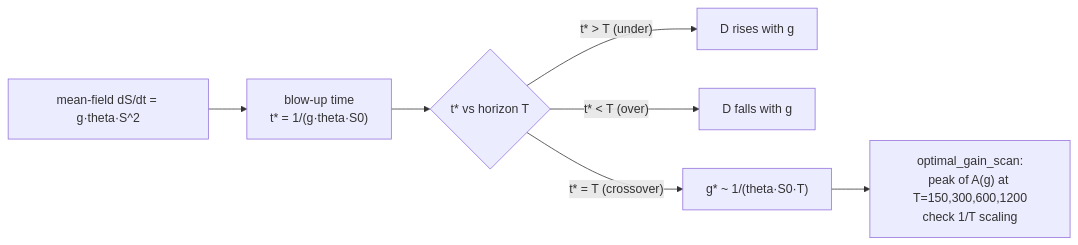
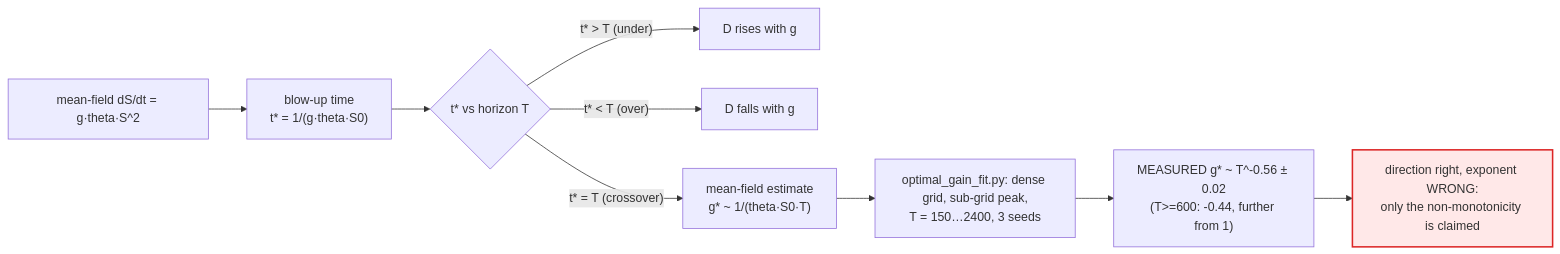
One commit to dkrse/symmetry-breaking-amplifier changed the third of 21 diagrams in scripts/ALGORITHMS_DIAGRAMS.md. Above: the diagram before and after it, drawn with Mermaid. The commit also changed other lines of this file and 28 other files, not shown here.

````diff
--- a/scripts/ALGORITHMS_DIAGRAMS.md
+++ b/scripts/ALGORITHMS_DIAGRAMS.md
@@ -44,9 +44,12 @@
 ```mermaid
 flowchart LR
     A["mean-field dS/dt = g·theta·S^2"] --> B["blow-up time<br/>t* = 1/(g·theta·S0)"]
     B --> C{"t* vs horizon T"}
     C -->|"t* > T (under)"| D["D rises with g"]
     C -->|"t* < T (over)"| E["D falls with g"]
-    C -->|"t* = T (crossover)"| F["g* ~ 1/(theta·S0·T)"]
-    F --> G["optimal_gain_scan:<br/>peak of A(g) at T=150,300,600,1200<br/>check 1/T scaling"]
+    C -->|"t* = T (crossover)"| F["mean-field estimate<br/>g* ~ 1/(theta·S0·T)"]
+    F --> G["optimal_gain_fit.py: dense grid, sub-grid peak,<br/>T = 150…2400, 3 seeds"]
+    G --> H["MEASURED g* ~ T^-0.56 ± 0.02<br/>(T>=600: -0.44, further from 1)"]
+    H --> I["direction right, exponent WRONG:<br/>only the non-monotonicity is claimed"]
+    style I fill:#ffe8e8,stroke:#dc2626,stroke-width:2px
 ```
````
